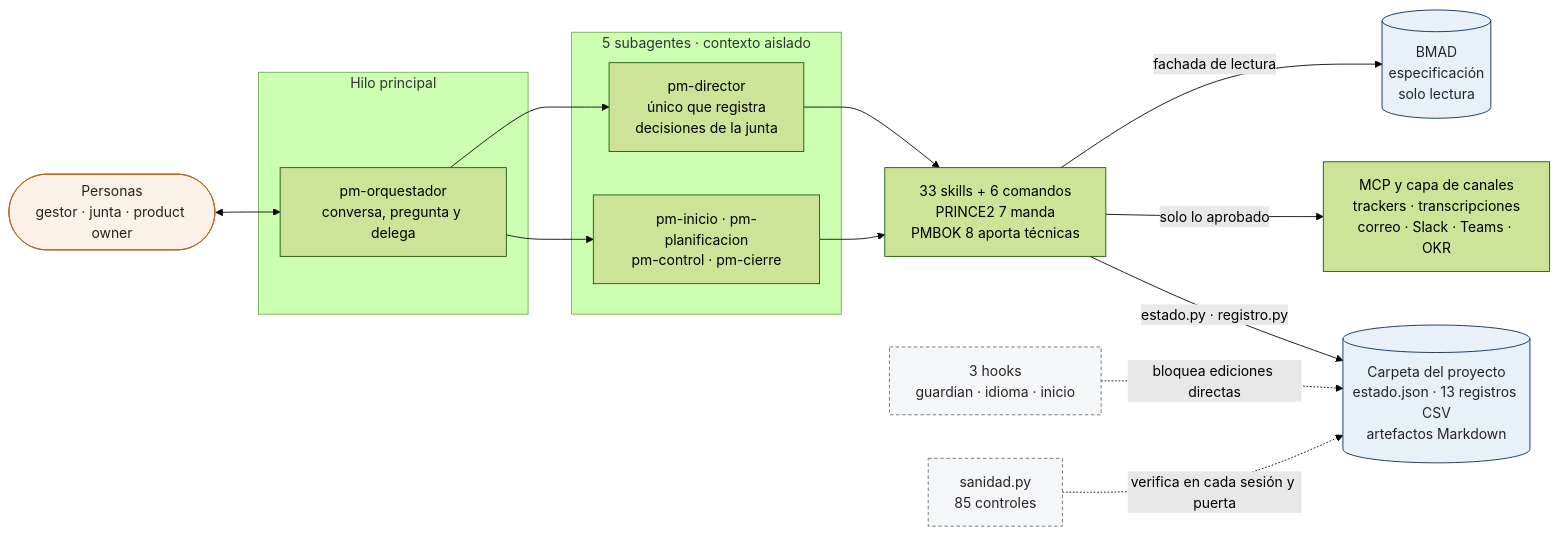
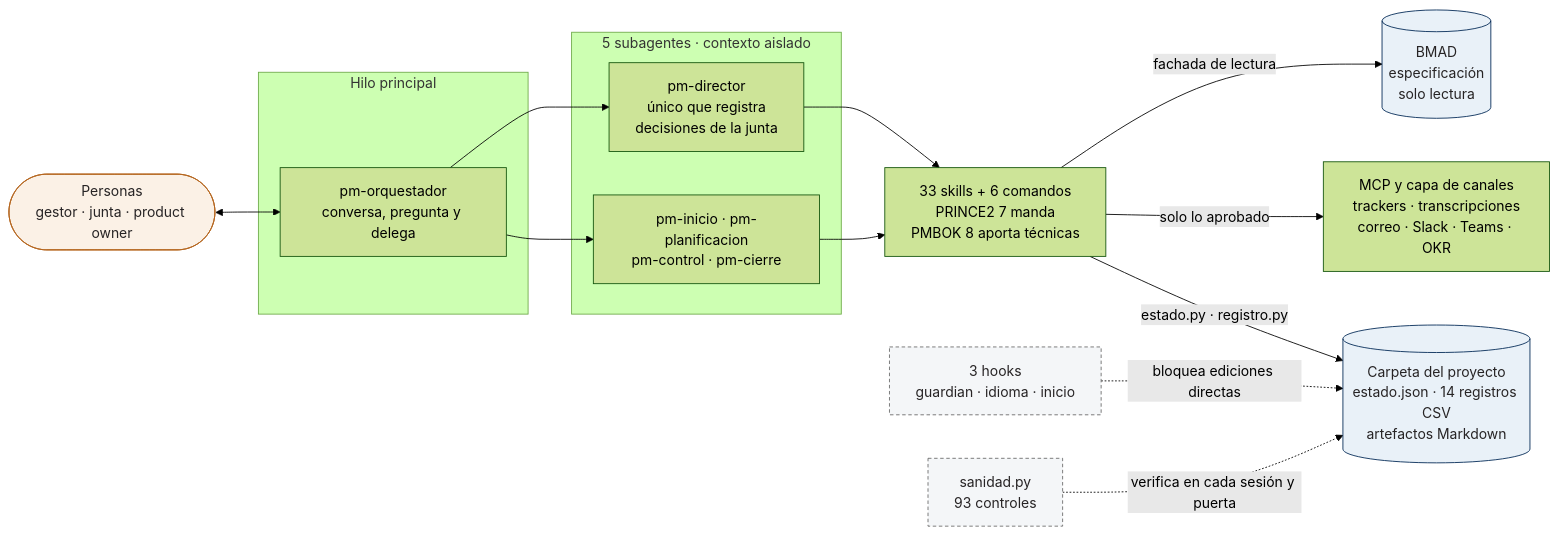
One commit to Arturo-Penas-Rial/pm-method changed the diagram in docs/resumen-ejecutivo/fuente/diagramas/arquitectura.mmd. Above: the diagram before and after it, drawn with Mermaid (forest theme). The commit also changed 284 other files, not shown here.

```diff
--- a/docs/resumen-ejecutivo/fuente/diagramas/arquitectura.mmd
+++ b/docs/resumen-ejecutivo/fuente/diagramas/arquitectura.mmd
@@ -1,31 +1,31 @@
 flowchart LR
     U(["Personas<br/>gestor · junta · product owner"])
     subgraph HP["Hilo principal"]
         O["pm-orquestador<br/>conversa, pregunta y delega"]
     end
     subgraph SA["5 subagentes · contexto aislado"]
         D["pm-director<br/>único que registra<br/>decisiones de la junta"]
         F["pm-inicio · pm-planificacion<br/>pm-control · pm-cierre"]
     end
     S["33 skills + 6 comandos<br/>PRINCE2 7 manda<br/>PMBOK 8 aporta técnicas"]
     B[("BMAD<br/>especificación<br/>solo lectura")]
     M["MCP y capa de canales<br/>trackers · transcripciones<br/>correo · Slack · Teams · OKR"]
-    P[("Carpeta del proyecto<br/>estado.json · 13 registros CSV<br/>artefactos Markdown")]
+    P[("Carpeta del proyecto<br/>estado.json · 14 registros CSV<br/>artefactos Markdown")]
     H["3 hooks<br/>guardian · idioma · inicio"]
-    C["sanidad.py<br/>85 controles"]
+    C["sanidad.py<br/>93 controles"]
     U <--> O
     O --> D
     O --> F
     D --> S
     F --> S
     S -->|"fachada de lectura"| B
     S -->|"solo lo aprobado"| M
     S -->|"estado.py · registro.py"| P
     H -.->|"bloquea ediciones directas"| P
     C -.->|"verifica en cada sesión y puerta"| P
     classDef gente fill:#FBF1E6,stroke:#B5651D,color:#272425
     classDef dato fill:#E9F1F8,stroke:#002855,color:#272425
     classDef guarda fill:#F4F6F8,stroke:#696969,color:#272425,stroke-dasharray:4 3
     class U gente
     class P,B dato
     class H,C guarda
```
